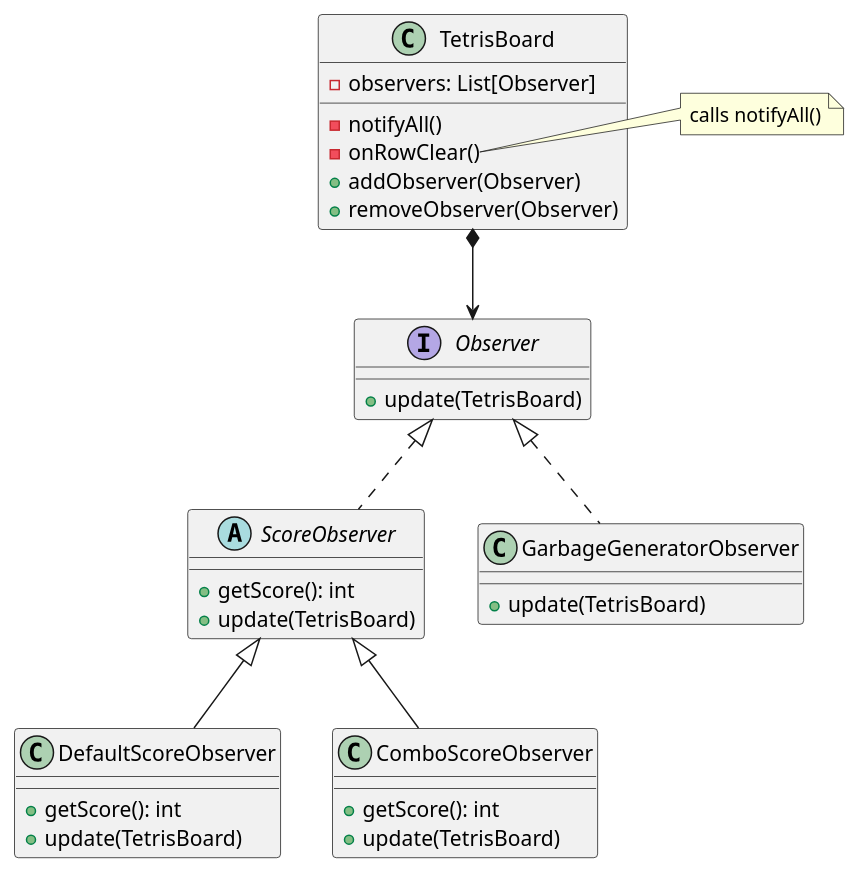
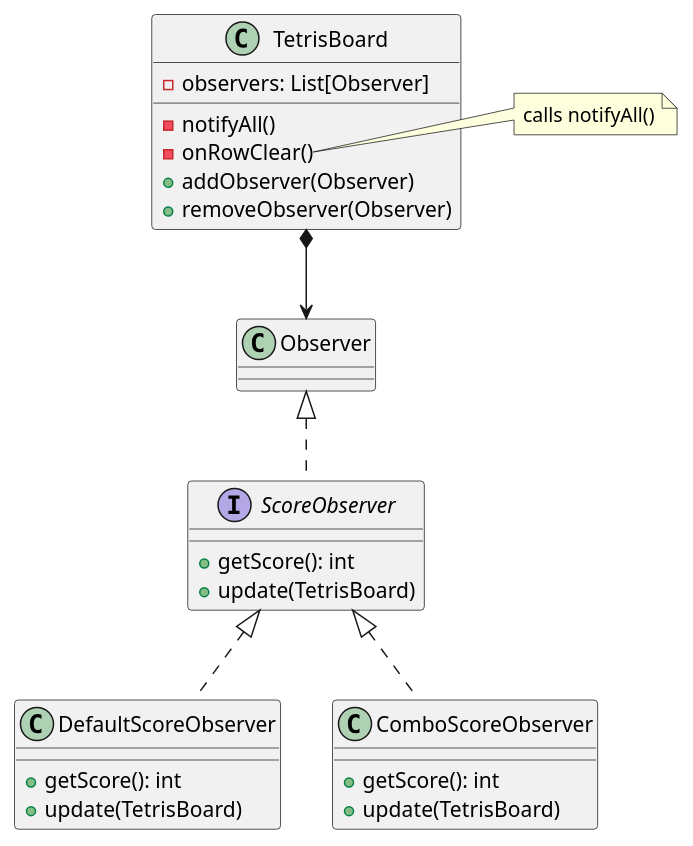
One commit to jimmy-zx/SAC changed the diagram in docs/score.puml. Above: the diagram before and after it, drawn with PlantUML. The commit also changed 1 other file, not shown here.

Commit message:
[docs] Updated details for colorscheme and score

```diff
--- a/docs/score.puml
+++ b/docs/score.puml
@@ -1,44 +1,37 @@
 @startuml
 
-interface Observer {
-+ update(TetrisBoard)
-}
 
 class TetrisBoard {
 - notifyAll()
 - onRowClear()
 - observers: List[Observer]
 + addObserver(Observer)
 + removeObserver(Observer)
 }
 
 note right of TetrisBoard::onRowClear
 calls notifyAll()
 end note
 
-abstract ScoreObserver {
+interface ScoreObserver {
 + getScore(): int
 + update(TetrisBoard)
 }
 
 class DefaultScoreObserver {
 + getScore(): int
 + update(TetrisBoard)
 }
 
 class ComboScoreObserver {
 + getScore(): int
 + update(TetrisBoard)
 }
 
-class GarbageGeneratorObserver {
-+ update(TetrisBoard)
-}
 
 Observer <|.. ScoreObserver
 TetrisBoard *--> Observer
-ScoreObserver <|-- DefaultScoreObserver
-ScoreObserver <|-- ComboScoreObserver
-Observer <|.. GarbageGeneratorObserver
+ScoreObserver <|.. DefaultScoreObserver
+ScoreObserver <|.. ComboScoreObserver
 
 @enduml
```
